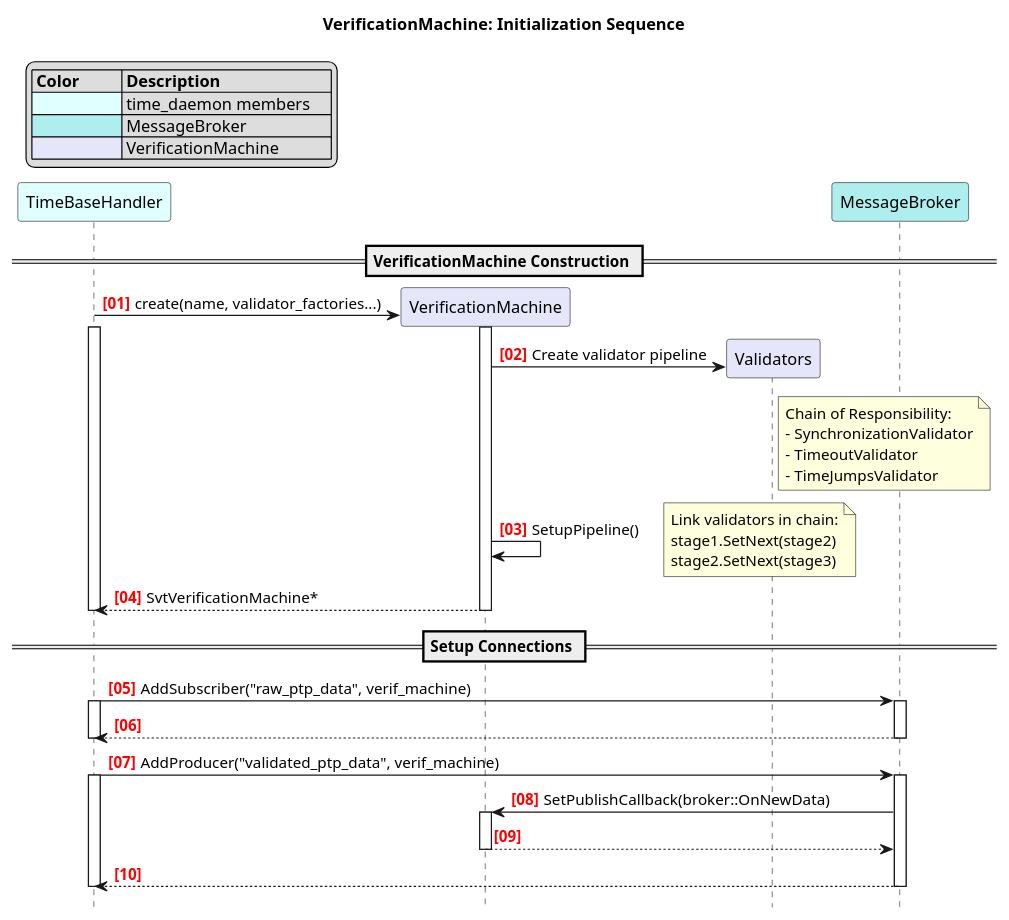
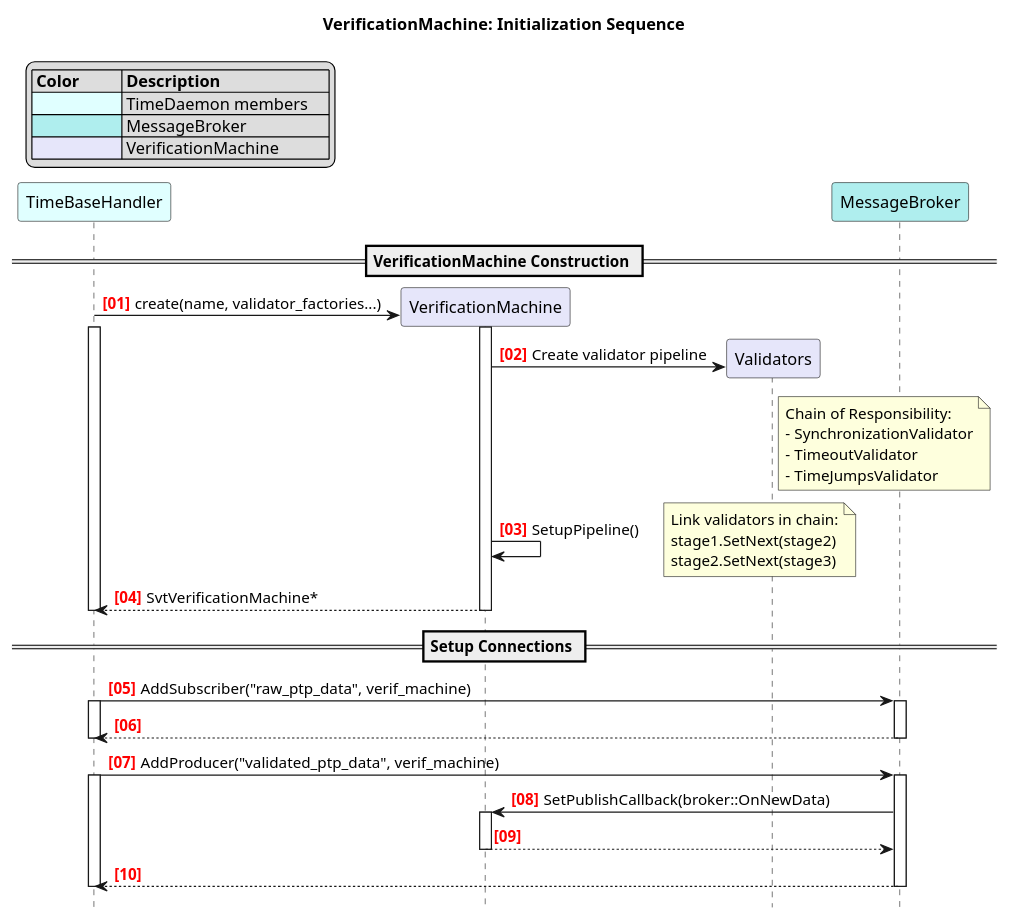
The diagram in docs/features/time_daemon/_assets/ver_machine/ver_init_seq.puml (eclipse-score/time), drawn with PlantUML before and after one commit. The commit also changed 25 other files, not shown here.

Commit message:
docs: revert component titles to camelCase in diagrams and RST

```diff
--- a/docs/features/time_daemon/_assets/ver_machine/ver_init_seq.puml
+++ b/docs/features/time_daemon/_assets/ver_machine/ver_init_seq.puml
@@ -1,66 +1,66 @@
 @startuml verification_machine_init_sequence_diagram
 
 title VerificationMachine: Initialization Sequence
 
 hide footbox
 
 autonumber "<font color=red><b>[00]"
 
 legend top left
     |= Color          |= Description           |
-    |<#LightCyan>     | time_daemon members     |
+    |<#LightCyan>     | TimeDaemon members     |
     |<#PaleTurquoise> | MessageBroker          |
     |<#Lavender>      | VerificationMachine    |
 endlegend
 
 participant "TimeBaseHandler" as tb_handler #LightCyan
 participant "VerificationMachine" as verif_machine #Lavender
 participant "Validators" as validators #Lavender
 participant "MessageBroker" as broker #PaleTurquoise
 
 == VerificationMachine Construction ==
 
 tb_handler -> verif_machine ** : create(name, validator_factories...)
 activate tb_handler
 activate verif_machine
 
 verif_machine -> validators ** : Create validator pipeline
 note right of validators
     Chain of Responsibility:
     - SynchronizationValidator
     - TimeoutValidator
     - TimeJumpsValidator
 end note
 
 verif_machine -> verif_machine : SetupPipeline()
 note right
     Link validators in chain:
     stage1.SetNext(stage2)
     stage2.SetNext(stage3)
 end note
 
 verif_machine --> tb_handler : SvtVerificationMachine*
 deactivate verif_machine
 deactivate tb_handler
 
 == Setup Connections ==
 
 tb_handler -> broker : AddSubscriber("raw_ptp_data", verif_machine)
 activate tb_handler
 activate broker
 broker --> tb_handler
 deactivate broker
 deactivate tb_handler
 
 tb_handler -> broker : AddProducer("validated_ptp_data", verif_machine)
 activate tb_handler
 activate broker
 broker -> verif_machine : SetPublishCallback(broker::OnNewData)
 activate verif_machine
 verif_machine --> broker
 deactivate verif_machine
 broker --> tb_handler
 deactivate broker
 deactivate tb_handler
 
 @enduml
```
